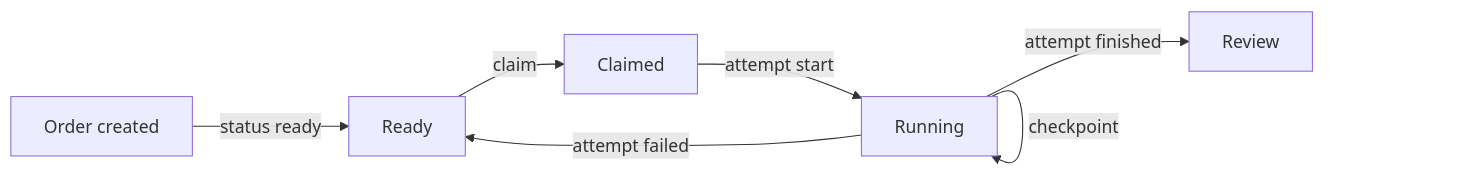
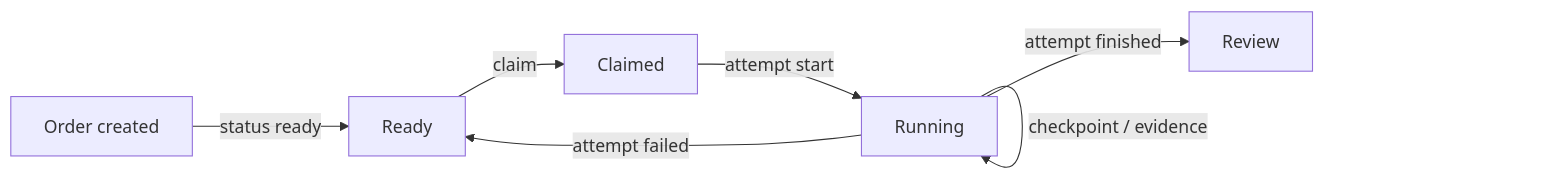
One commit to igorjpimenta/brayer changed the first of 3 diagrams in README.md. Above: the diagram before and after it, drawn with Mermaid. The commit also changed other lines of this file, not shown here.

Commit message:
docs: describe evidence in the readme

````diff
--- a/README.md
+++ b/README.md
@@ -35,9 +36,9 @@
 ```mermaid
 flowchart LR
   A[Order created] -->|status ready| B[Ready]
   B -->|claim| C[Claimed]
   C -->|attempt start| D[Running]
-  D -->|checkpoint| D
+  D -->|checkpoint / evidence| D
   D -->|attempt finished| E[Review]
   D -->|attempt failed| B
 ```
````
